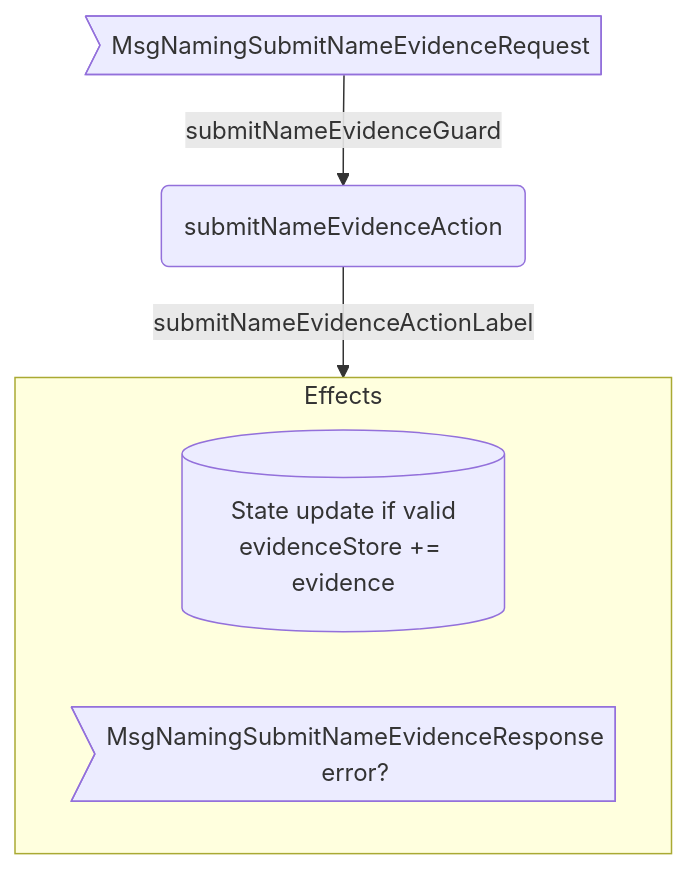
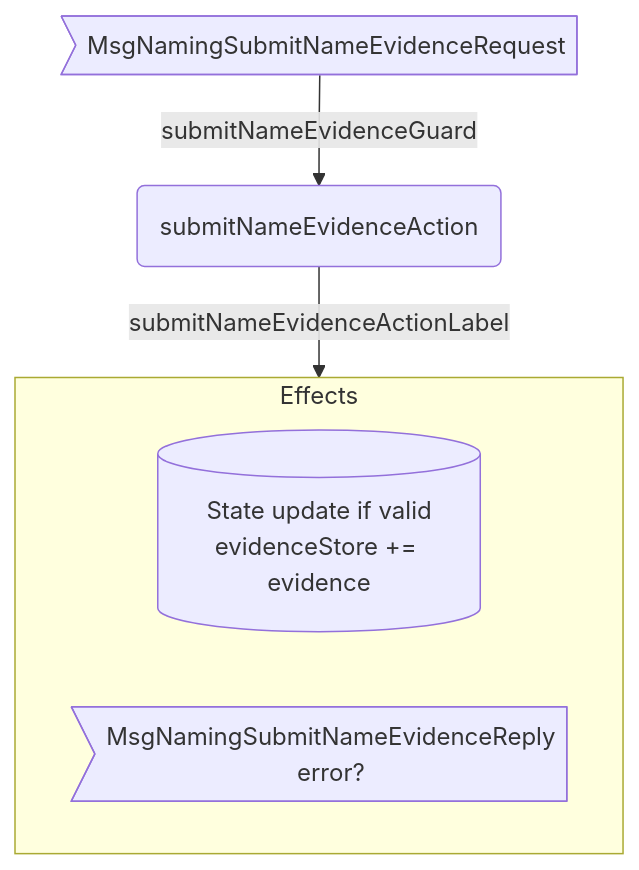
One commit to anoma/nspec changed the second of 3 diagrams in docs/arch/node/engines/naming_behaviour.juvix.md. Above: the diagram before and after it, drawn with Mermaid. The commit also changed other lines of this file and 37 other files, not shown here.

Commit message:
Renamed all instances of "Response" to "Reply" in message interfaces for consistency across commitment, decryption, identity management, and other engines.

````diff
--- a/docs/arch/node/engines/naming_behaviour.juvix.md
+++ b/docs/arch/node/engines/naming_behaviour.juvix.md
@@ -531,11 +531,11 @@
 ```mermaid
 flowchart TD
   MSG>MsgNamingSubmitNameEvidenceRequest]
   A(submitNameEvidenceAction)
   subgraph E[Effects]
     ES[(State update if valid<br>evidenceStore += evidence)]
-    EM>MsgNamingSubmitNameEvidenceResponse<br/>error?]
+    EM>MsgNamingSubmitNameEvidenceReply<br/>error?]
   end
 
   MSG --submitNameEvidenceGuard--> A --submitNameEvidenceActionLabel--> E
 ```
````
